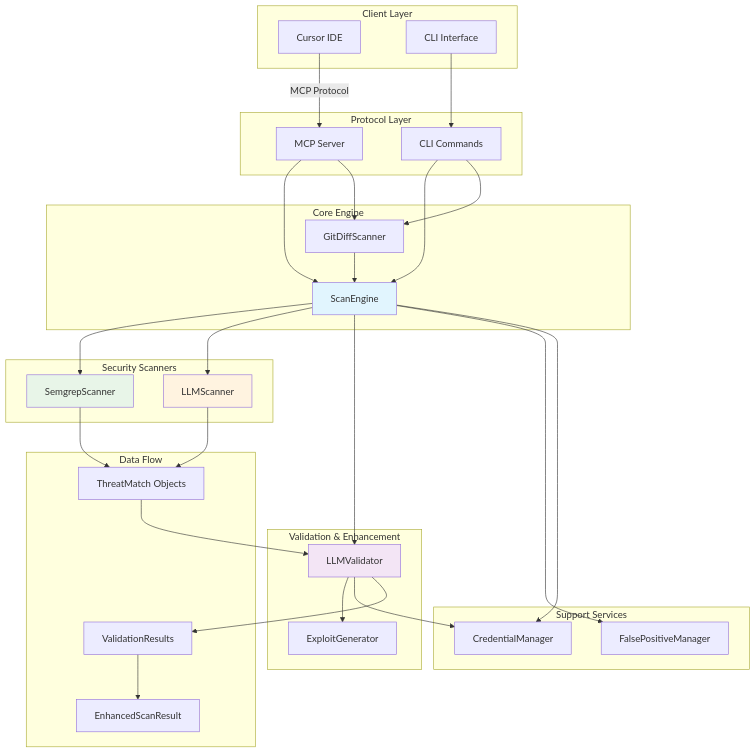
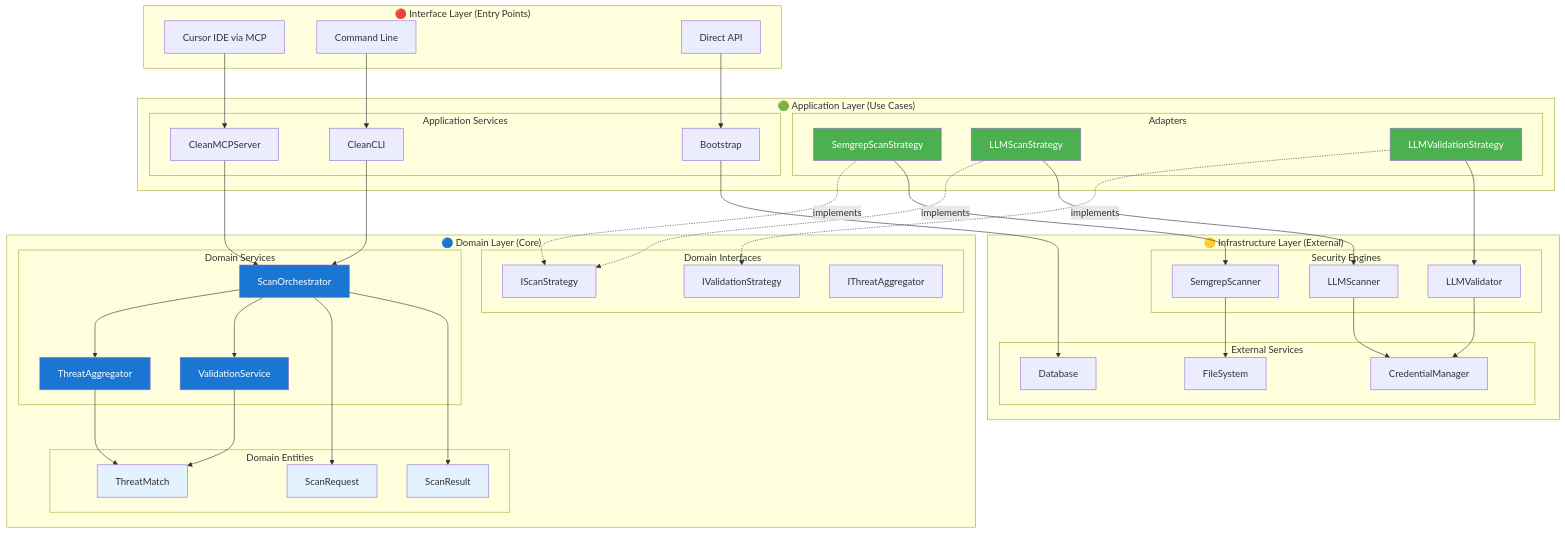
One commit to brettbergin/adversary-mcp-server changed the diagram in CLAUDE.md. Above: the diagram before and after it, drawn with Mermaid. The commit also changed other lines of this file and 142 other files, not shown here.

````diff
--- a/CLAUDE.md
+++ b/CLAUDE.md
@@ -47,68 +69,97 @@
 ```mermaid
 graph TB
-    subgraph "Client Layer"
-        A[Cursor IDE]
-        B[CLI Interface]
+    subgraph "🔵 Domain Layer (Core)"
+        subgraph "Domain Entities"
+            DE1[ScanRequest]
+            DE2[ScanResult]
+            DE3[ThreatMatch]
+        end
+
+        subgraph "Domain Services"
+            DS1[ScanOrchestrator]
+            DS2[ThreatAggregator]
+            DS3[ValidationService]
+        end
+
+        subgraph "Domain Interfaces"
+            DI1[IScanStrategy]
+            DI2[IValidationStrategy]
+            DI3[IThreatAggregator]
+        end
     end
 
-    subgraph "Protocol Layer"
-        C[MCP Server]
-        D[CLI Commands]
+    subgraph "🟢 Application Layer (Use Cases)"
+        subgraph "Adapters"
+            A1[SemgrepScanStrategy]
+            A2[LLMScanStrategy]
+            A3[LLMValidationStrategy]
+        end
+
+        subgraph "Application Services"
+            AS1[CleanMCPServer]
+            AS2[CleanCLI]
+            AS3[Bootstrap]
+        end
     end
 
-    A -->|MCP Protocol| C
-    B --> D
+    subgraph "🟡 Infrastructure Layer (External)"
+        subgraph "Security Engines"
+            I1[SemgrepScanner]
+            I2[LLMScanner]
+            I3[LLMValidator]
+        end
 
-    subgraph "Core Engine"
-        E[ScanEngine]
-        F[GitDiffScanner]
+        subgraph "External Services"
+            I4[Database]
+            I5[FileSystem]
+            I6[CredentialManager]
+        end
     end
 
-    C --> E
-    D --> E
-    C --> F
-    D --> F
-
-    subgraph "Security Scanners"
-        G[SemgrepScanner]
-        H[LLMScanner]
+    subgraph "🔴 Interface Layer (Entry Points)"
+        INT1[Cursor IDE via MCP]
+        INT2[Command Line]
+        INT3[Direct API]
     end
 
-    E --> G
-    E --> H
-    F --> E
+    %% Interface to Application
+    INT1 --> AS1
+    INT2 --> AS2
+    INT3 --> AS3
 
-    subgraph "Validation & Enhancement"
-        I[LLMValidator]
-        J[ExploitGenerator]
-    end
+    %% Application to Domain (via Interfaces)
+    AS1 --> DS1
+    AS2 --> DS1
+    A1 -.->|implements| DI1
+    A2 -.->|implements| DI1
+    A3 -.->|implements| DI2
 
-    E --> I
-    I --> J
+    %% Domain Services Coordination
+    DS1 --> DS2
+    DS1 --> DS3
+    DS1 --> DE1
+    DS1 --> DE2
+    DS2 --> DE3
+    DS3 --> DE3
 
-    subgraph "Support Services"
-        K[FalsePositiveManager]
-        L[CredentialManager]
-    end
+    %% Adapters to Infrastructure
+    A1 --> I1
+    A2 --> I2
+    A3 --> I3
 
-    E --> K
-    E --> L
-    I --> L
+    %% Infrastructure Dependencies
+    I1 --> I5
+    I2 --> I6
+    I3 --> I6
+    AS3 --> I4
 
-    subgraph "Data Flow"
-        M[ThreatMatch Objects]
-        N[ValidationResults]
-        O[EnhancedScanResult]
-    end
-
-    G --> M
-    H --> M
-    M --> I
-    I --> N
-    N --> O
-
-    style E fill:#e1f5fe
-    style I fill:#f3e5f5
-    style G fill:#e8f5e8
-    style H fill:#fff3e0
+    style DE1 fill:#e3f2fd
+    style DE2 fill:#e3f2fd
+    style DE3 fill:#e3f2fd
+    style DS1 fill:#1976d2,color:#fff
+    style DS2 fill:#1976d2,color:#fff
+    style DS3 fill:#1976d2,color:#fff
+    style A1 fill:#4caf50,color:#fff
+    style A2 fill:#4caf50,color:#fff
+    style A3 fill:#4caf50,color:#fff
 ```
````
